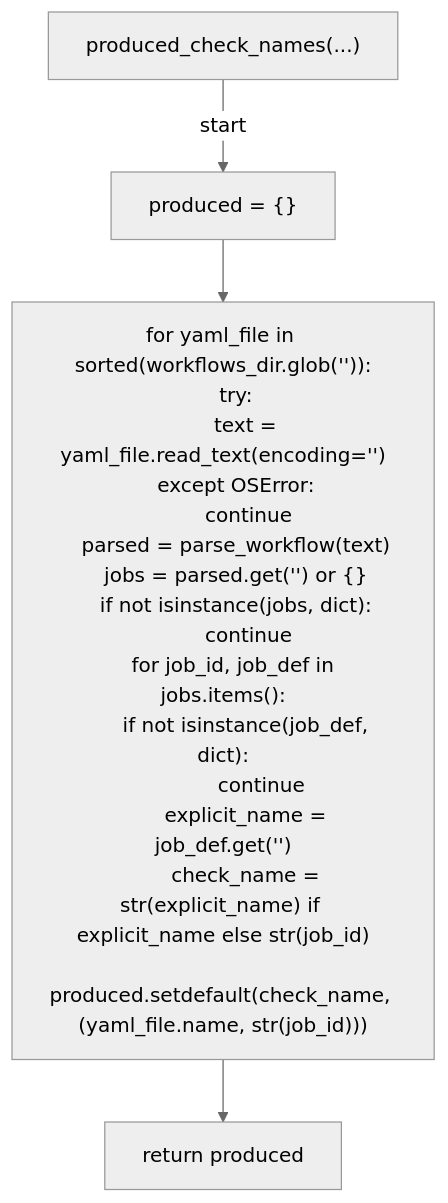
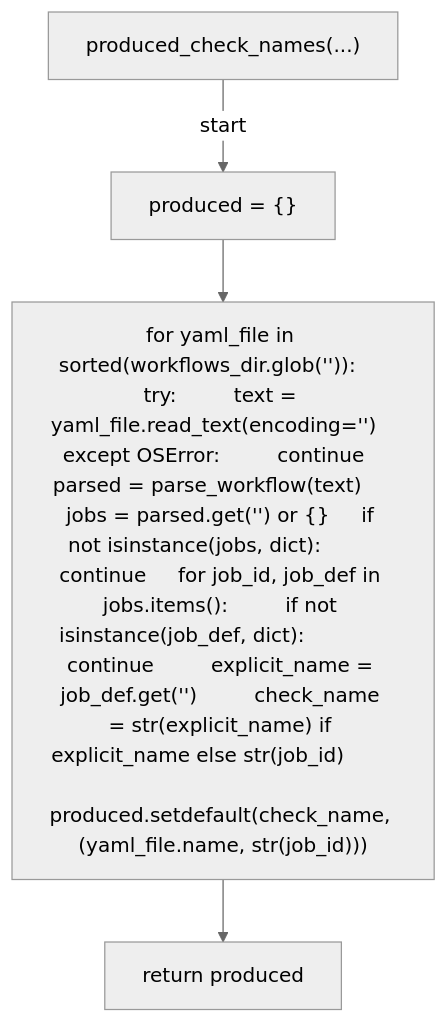
The fourth of 8 diagrams in docs/generated/scripts/ast/verify_required_check_contexts.md (tvna/claude-md), drawn with Mermaid (neutral theme) before and after one commit. The commit also changed other lines of this file and 15 other files, not shown here.

First line of the commit message:
docs(generated): regenerate decision tree and workflow diagrams (batch 5/5)

````diff
--- a/docs/generated/scripts/ast/verify_required_check_contexts.md
+++ b/docs/generated/scripts/ast/verify_required_check_contexts.md
@@ -78,24 +57,10 @@
 ```mermaid
 flowchart TD
     N001["produced_check_names(...)"]
     N002["produced = {}"]
-    N003["for yaml_file in sorted(workflows_dir.glob('<str>')):
-    try:
-        text = yaml_file.read_text(encoding='<str>')
-    except OSError:
-        continue
-    parsed = parse_workflow(text)
-    jobs = parsed.get('<str>') or {}
-    if not isinstance(jobs, dict):
-        continue
-    for job_id, job_def in jobs.items():
-        if not isinstance(job_def, dict):
-            continue
-        explicit_name = job_def.get('<str>')
-        check_name = str(explicit_name) if explicit_name else str(job_id)
-        produced.setdefault(check_name, (yaml_file.name, str(job_id)))"]
+    N003["for yaml_file in sorted(workflows_dir.glob('<str>')):     try:         text = yaml_file.read_text(encoding='<str>')     except OSError:         continue     parsed = parse_workflow(text)     jobs = parsed.get('<str>') or {}     if not isinstance(jobs, dict):         continue     for job_id, job_def in jobs.items():         if not isinstance(job_def, dict):             continue         explicit_name = job_def.get('<str>')         check_name = str(explicit_name) if explicit_name else str(job_id)         produced.setdefault(check_name, (yaml_file.name, str(job_id)))"]
     N004["return produced"]
     N001 -->|"start"| N002
     N002 --> N003
     N003 --> N004
 ```
````
